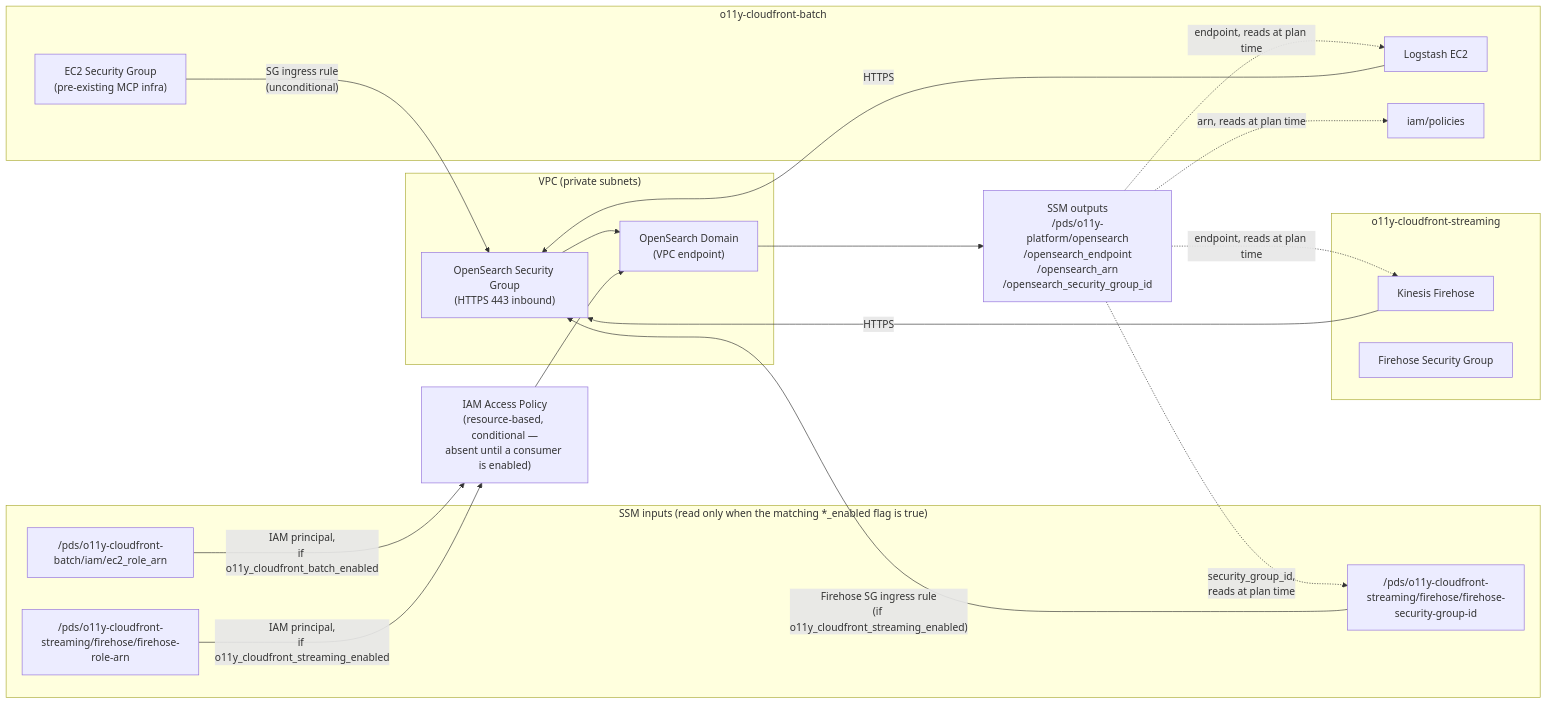
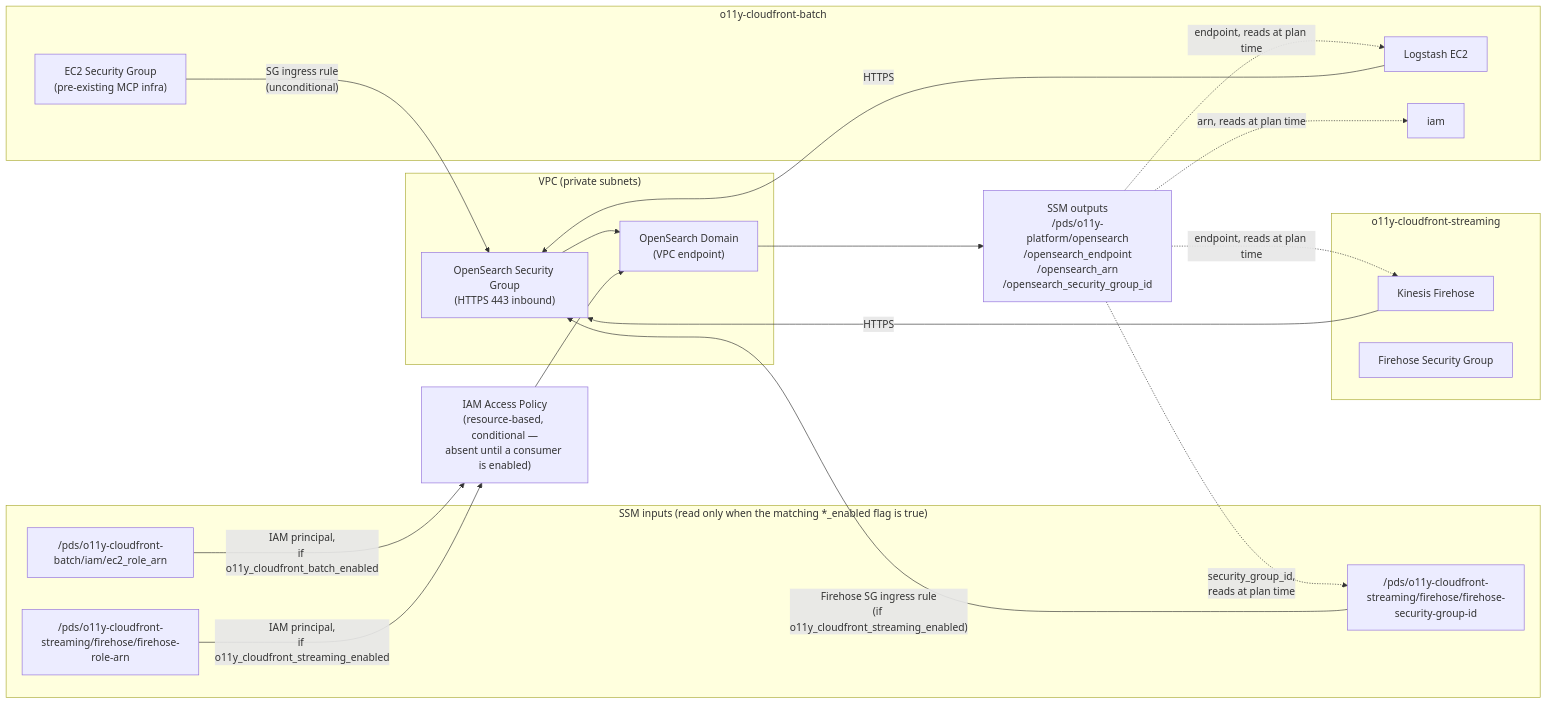
The first of 2 diagrams in terraform/README.md (NASA-PDS/o11y-platform), drawn with Mermaid before and after one commit. The commit also changed other lines of this file and 1 other file, not shown here.

First line of the commit message:
docs: update deployment flow for combined o11y-cloudfront-batch iam component

````diff
--- a/terraform/README.md
+++ b/terraform/README.md
@@ -7,41 +7,41 @@
 ```mermaid
 flowchart LR
     subgraph vpc["VPC (private subnets)"]
         SG["OpenSearch Security Group\n(HTTPS 443 inbound)"]
         OS["OpenSearch Domain\n(VPC endpoint)"]
     end
 
     subgraph ssm_in["SSM inputs (read only when the matching *_enabled flag is true)"]
         EC2ARN["/pds/o11y-cloudfront-batch/iam/ec2_role_arn"]
         FHARN["/pds/o11y-cloudfront-streaming/firehose/firehose-role-arn"]
         FHSGID["/pds/o11y-cloudfront-streaming/firehose/firehose-security-group-id"]
     end
 
     POL["IAM Access Policy\n(resource-based, conditional —\nabsent until a consumer is enabled)"]
     SSM_OUT["SSM outputs\n/pds/o11y-platform/opensearch\n/opensearch_endpoint\n/opensearch_arn\n/opensearch_security_group_id"]
 
     subgraph wa["o11y-cloudfront-batch"]
         LS["Logstash EC2"]
         EC2SG["EC2 Security Group\n(pre-existing MCP infra)"]
-        WAIAM["iam/policies"]
+        WAIAM["iam"]
     end
 
     subgraph cf["o11y-cloudfront-streaming"]
         FH["Kinesis Firehose"]
         FHSG["Firehose Security Group"]
     end
 
     EC2SG -->|"SG ingress rule\n(unconditional)"| SG
     SG --> OS
     EC2ARN -->|"IAM principal,\nif o11y_cloudfront_batch_enabled"| POL
     FHARN -->|"IAM principal,\nif o11y_cloudfront_streaming_enabled"| POL
     POL --> OS
     OS --> SSM_OUT
     SSM_OUT -.->|"endpoint, reads at plan time"| LS
     SSM_OUT -.->|"endpoint, reads at plan time"| FH
     SSM_OUT -.->|"arn, reads at plan time"| WAIAM
     SSM_OUT -.->|"security_group_id,\nreads at plan time"| FHSGID
     FHSGID -->|"Firehose SG ingress rule\n(if o11y_cloudfront_streaming_enabled)"| SG
     LS -->|"HTTPS"| SG
     FH -->|"HTTPS"| SG
 ```
````
